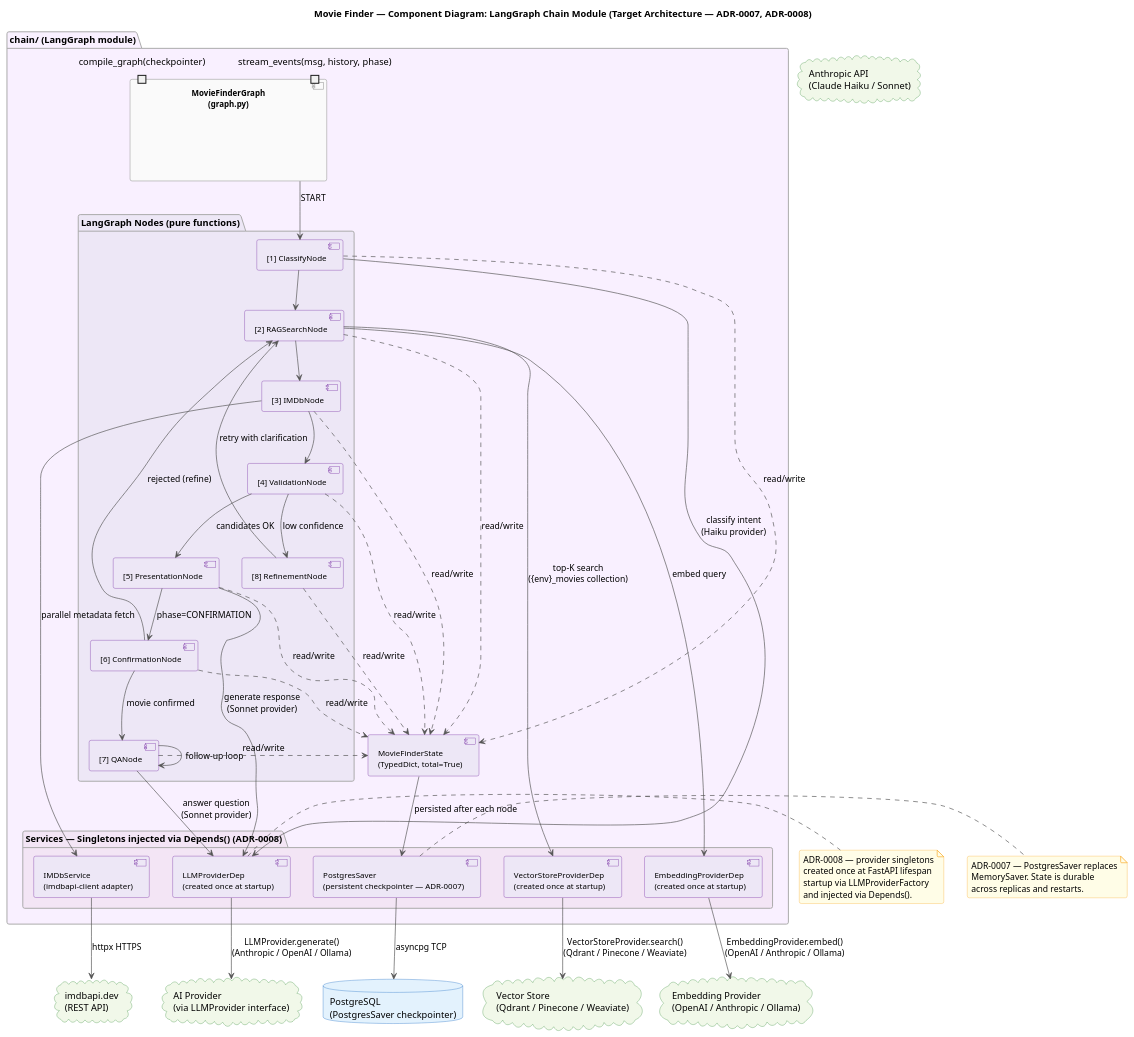
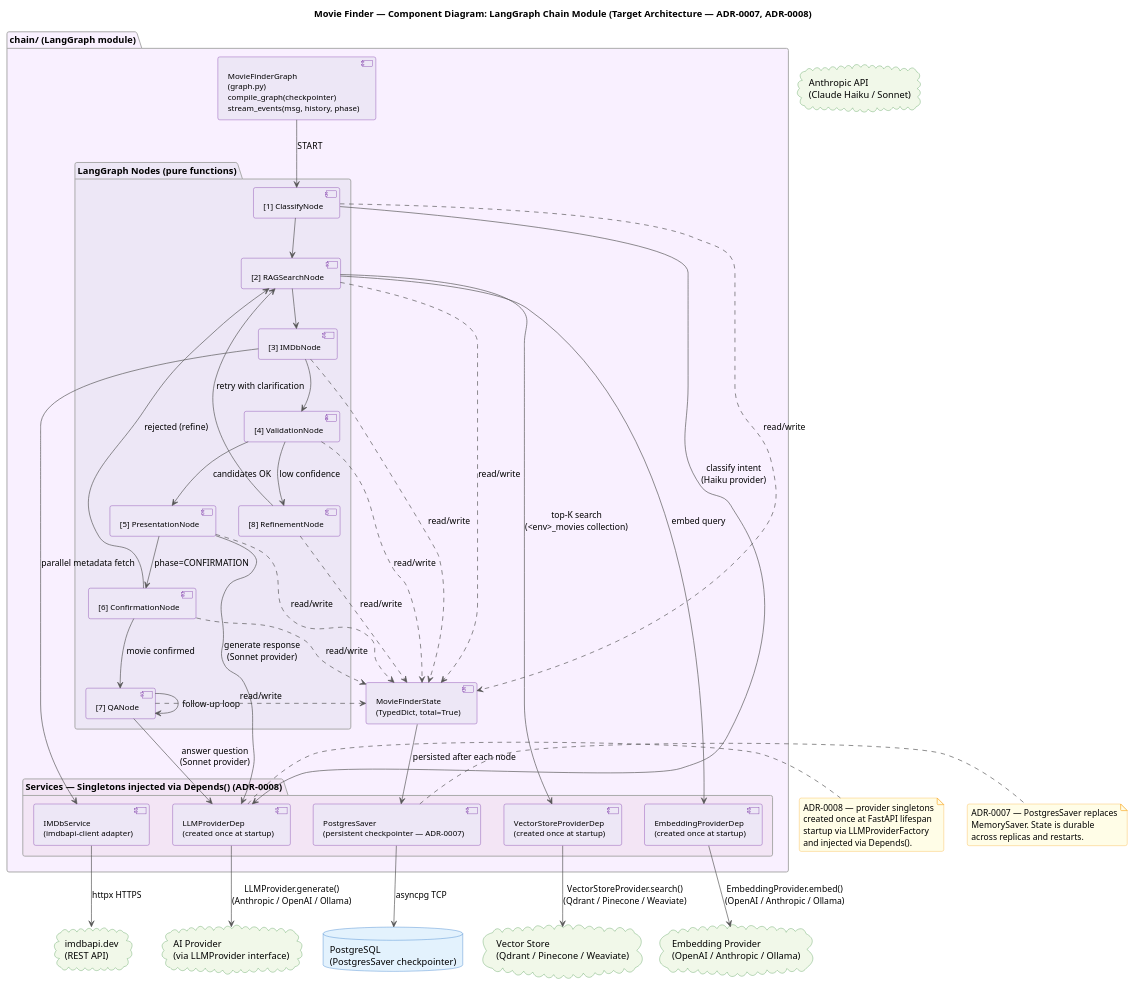
The diagram in architecture/plantuml/06-component/02-cmp-chain-nodes.puml (aharbii/movie-finder-docs), drawn with PlantUML before and after one commit. The commit also changed 3 other files, not shown here.

First line of the commit message:
fix(plantuml): resolve 1.2020.02 syntax errors in activity and component diagrams

```diff
--- a/architecture/plantuml/06-component/02-cmp-chain-nodes.puml
+++ b/architecture/plantuml/06-component/02-cmp-chain-nodes.puml
@@ -1,122 +1,119 @@
 @startuml 02-cmp-chain-nodes
 title Movie Finder — Component Diagram: LangGraph Chain Module (Target Architecture — ADR-0007, ADR-0008)
 
 skinparam backgroundColor white
 skinparam roundcorner 6
 skinparam shadowing false
 skinparam componentFontSize 12
 skinparam ArrowColor #555555
 skinparam ComponentBackgroundColor #EDE7F6
 skinparam ComponentBorderColor #6A1B9A
 skinparam InterfaceBackgroundColor #F3E5F5
 skinparam InterfaceBorderColor #6A1B9A
 skinparam PackageBorderColor #AAAAAA
 skinparam PackageBackgroundColor #FAFAFA
 skinparam NoteBackgroundColor #FFFDE7
 skinparam NoteBorderColor #F9A825
 skinparam DatabaseBackgroundColor #E3F2FD
 skinparam DatabaseBorderColor #1565C0
 skinparam CloudBackgroundColor #F1F8E9
 skinparam CloudBorderColor #388E3C
 
 ' ─────────────────────────────────────────────────────────
 ' External systems
 ' ─────────────────────────────────────────────────────────
 cloud "Anthropic API\n(Claude Haiku / Sonnet)" as anthropic
 cloud "AI Provider\n(via LLMProvider interface)" as llm_provider
 cloud "Embedding Provider\n(OpenAI / Anthropic / Ollama)" as embed_provider
 cloud "Vector Store\n(Qdrant / Pinecone / Weaviate)" as vstore_provider
 cloud "imdbapi.dev\n(REST API)" as imdb_api
 database "PostgreSQL\n(PostgresSaver checkpointer)" as postgres_checkpointer
 
 ' ─────────────────────────────────────────────────────────
 ' Chain module internals
 ' ─────────────────────────────────────────────────────────
 package "chain/ (LangGraph module)" #F9F0FF {
 
-  component "MovieFinderGraph\n(graph.py)" as graph {
-    port "compile_graph(checkpointer)" as p_compile
-    port "stream_events(msg, history, phase)" as p_stream
-  }
+  component "MovieFinderGraph\n(graph.py)\ncompile_graph(checkpointer)\nstream_events(msg, history, phase)" as graph
 
   package "LangGraph Nodes (pure functions)" #EDE7F6 {
     component "[1] ClassifyNode" as n_classify
     component "[2] RAGSearchNode" as n_rag
     component "[3] IMDbNode" as n_imdb
     component "[4] ValidationNode" as n_validate
     component "[5] PresentationNode" as n_present
     component "[6] ConfirmationNode" as n_confirm
     component "[7] QANode" as n_qa
     component "[8] RefinementNode" as n_refine
   }
 
   package "Services — Singletons injected via Depends() (ADR-0008)" #F3E5F5 {
     component "LLMProviderDep\n(created once at startup)" as svc_llm
     component "EmbeddingProviderDep\n(created once at startup)" as svc_embed
     component "VectorStoreProviderDep\n(created once at startup)" as svc_qdrant
     component "IMDbService\n(imdbapi-client adapter)" as svc_imdb
     component "PostgresSaver\n(persistent checkpointer — ADR-0007)" as svc_checkpointer
   }
 
   component "MovieFinderState\n(TypedDict, total=True)" as state
 }
 
 ' ─────────────────────────────────────────────────────────
 ' Node → service wiring
 ' ─────────────────────────────────────────────────────────
 n_classify --> svc_llm : classify intent\n(Haiku provider)
 n_rag --> svc_embed : embed query
-n_rag --> svc_qdrant : top-K search\n({env}_movies collection)
+n_rag --> svc_qdrant : top-K search\n(<env>_movies collection)
 n_imdb --> svc_imdb : parallel metadata fetch
 n_present --> svc_llm : generate response\n(Sonnet provider)
 n_qa --> svc_llm : answer question\n(Sonnet provider)
 
 ' ─────────────────────────────────────────────────────────
 ' Node → state flow (LangGraph edges)
 ' ─────────────────────────────────────────────────────────
 graph --> n_classify : START
 n_classify --> n_rag
 n_rag --> n_imdb
 n_imdb --> n_validate
 n_validate --> n_present : candidates OK
 n_validate --> n_refine : low confidence
 n_present --> n_confirm : phase=CONFIRMATION
 n_confirm --> n_qa : movie confirmed
 n_confirm --> n_rag : rejected (refine)
 n_qa --> n_qa : follow-up loop
 n_refine --> n_rag : retry with clarification
 
 n_classify ..> state : read/write
 n_rag ..> state : read/write
 n_imdb ..> state : read/write
 n_validate ..> state : read/write
 n_present ..> state : read/write
 n_confirm ..> state : read/write
 n_qa ..> state : read/write
 n_refine ..> state : read/write
 
 state --> svc_checkpointer : persisted after each node
 
 ' ─────────────────────────────────────────────────────────
 ' External connectivity
 ' ─────────────────────────────────────────────────────────
 svc_llm --> llm_provider : LLMProvider.generate()\n(Anthropic / OpenAI / Ollama)
 svc_embed --> embed_provider : EmbeddingProvider.embed()\n(OpenAI / Anthropic / Ollama)
 svc_qdrant --> vstore_provider : VectorStoreProvider.search()\n(Qdrant / Pinecone / Weaviate)
 svc_imdb --> imdb_api : httpx HTTPS
 svc_checkpointer --> postgres_checkpointer : asyncpg TCP
 
 note right of svc_checkpointer
   ADR-0007 — PostgresSaver replaces
   MemorySaver. State is durable
   across replicas and restarts.
 end note
 
 note right of svc_llm
   ADR-0008 — provider singletons
   created once at FastAPI lifespan
   startup via LLMProviderFactory
   and injected via Depends().
 end note
 
 @enduml
```
